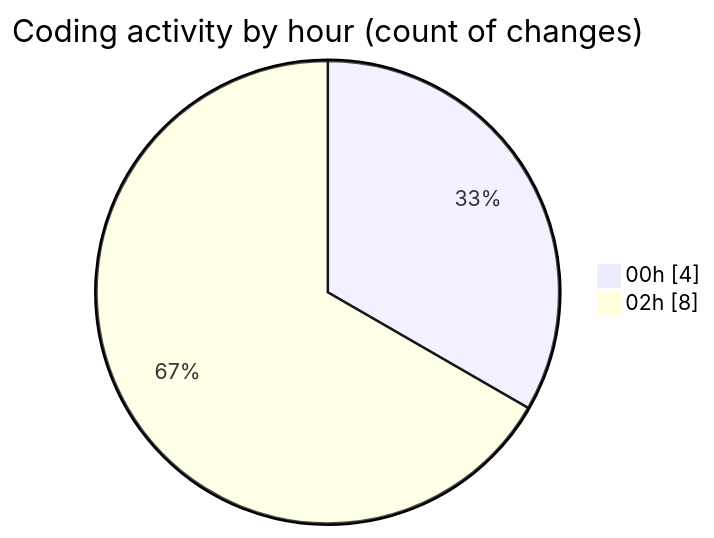
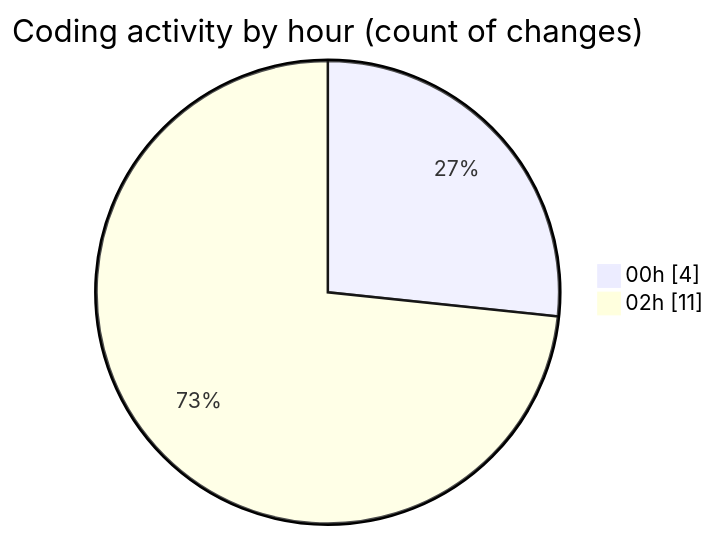
The second of 2 diagrams in 2025-07-24/_claude/README.md (EIIisD/code-tracking), drawn with Mermaid before and after one commit. The commit also changed other lines of this file and 1 other file, not shown here.

````diff
--- a/2025-07-24/_claude/README.md
+++ b/2025-07-24/_claude/README.md
@@ -28,6 +28,6 @@
 ```mermaid
 pie showData
 title Coding activity by hour (count of changes)
 "00h" : 4
-"02h" : 8
+"02h" : 11
 ```
````
